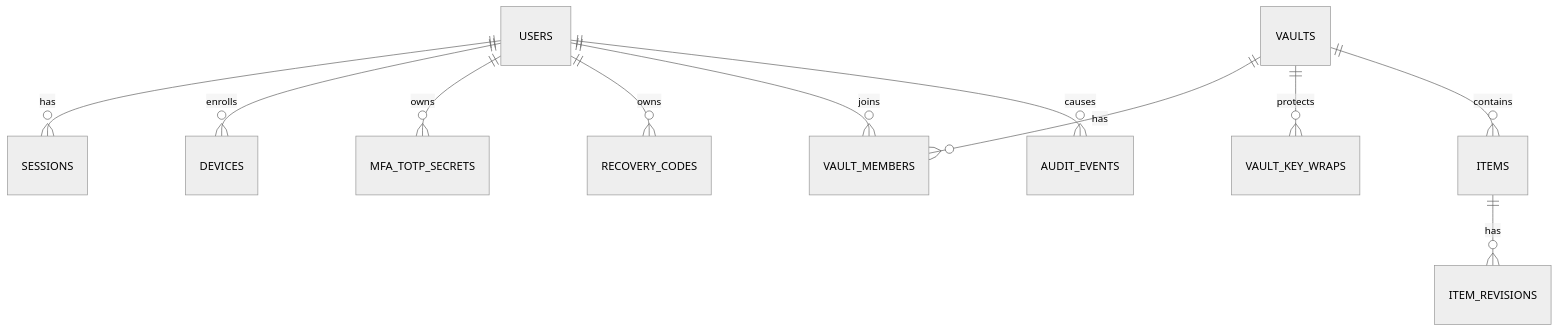
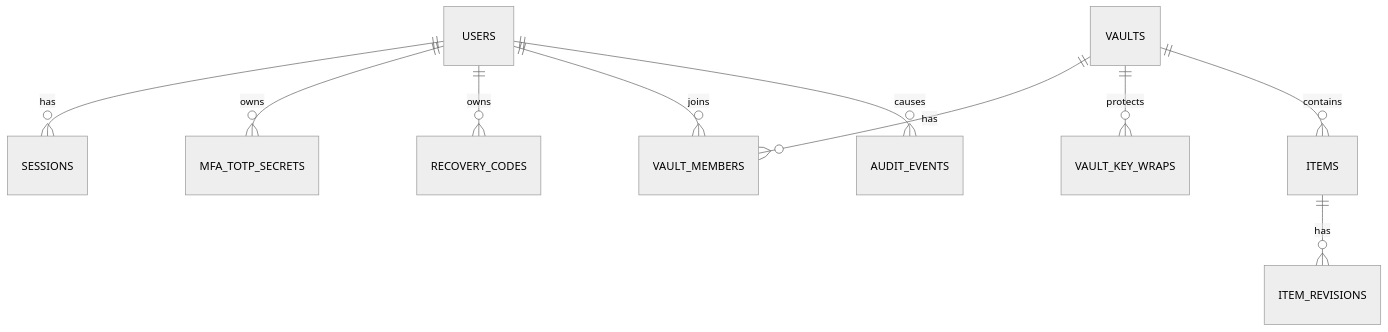
One commit to ded-isshin/password-vault changed the second of 3 diagrams in docs/whitepaper.md. Above: the diagram before and after it, drawn with Mermaid (neutral theme). The commit also changed other lines of this file and 24 other files, not shown here.

````diff
--- a/docs/whitepaper.md
+++ b/docs/whitepaper.md
@@ -124,13 +126,12 @@
 ```mermaid
 erDiagram
   USERS ||--o{ SESSIONS : has
-  USERS ||--o{ DEVICES : enrolls
   USERS ||--o{ MFA_TOTP_SECRETS : owns
   USERS ||--o{ RECOVERY_CODES : owns
   USERS ||--o{ VAULT_MEMBERS : joins
   VAULTS ||--o{ VAULT_MEMBERS : has
   VAULTS ||--o{ VAULT_KEY_WRAPS : protects
   VAULTS ||--o{ ITEMS : contains
   ITEMS ||--o{ ITEM_REVISIONS : has
   USERS ||--o{ AUDIT_EVENTS : causes
 ```
````
